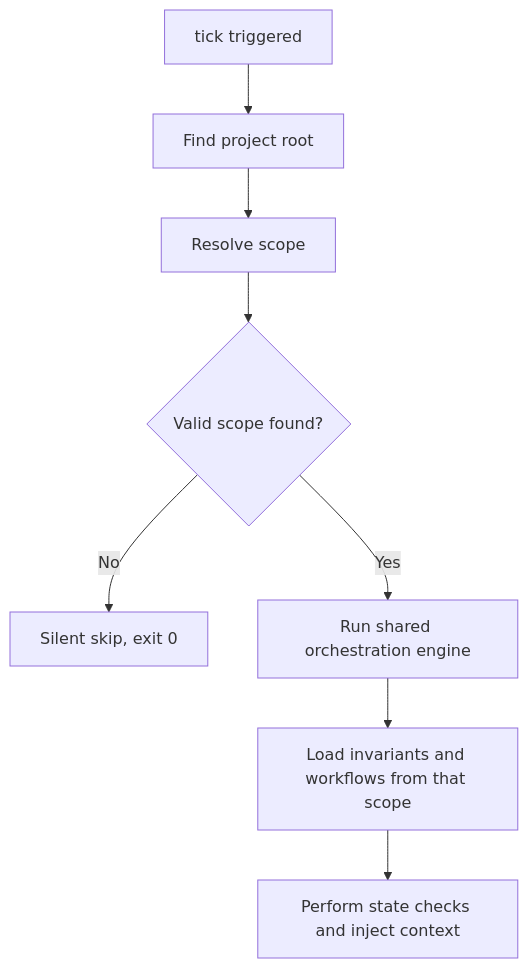
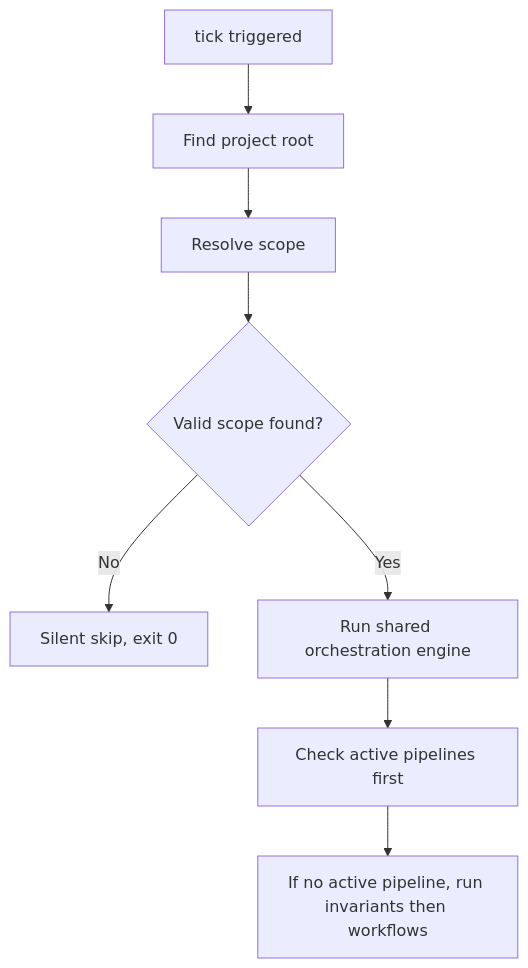
The diagram in docs/technical-workspace.md (nextzhou/argus), drawn with Mermaid before and after one commit. The commit also changed other lines of this file and 11 other files, not shown here.

````diff
--- a/docs/technical-workspace.md
+++ b/docs/technical-workspace.md
@@ -100,10 +100,10 @@
 ```mermaid
 graph TD
     A[tick triggered] --> B[Find project root]
     B --> C[Resolve scope]
     C --> D{Valid scope found?}
     D -- No --> E[Silent skip, exit 0]
     D -- Yes --> F[Run shared orchestration engine]
-    F --> G[Load invariants and workflows from that scope]
-    G --> H[Perform state checks and inject context]
+    F --> G[Check active pipelines first]
+    G --> H[If no active pipeline, run invariants then workflows]
 ```
````
